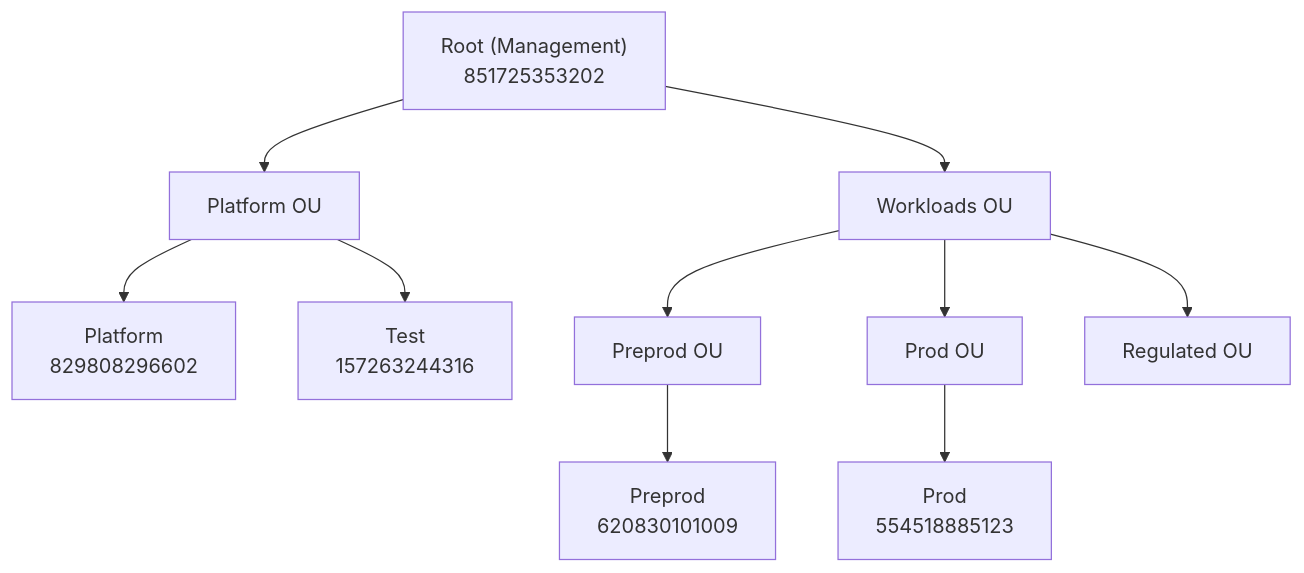
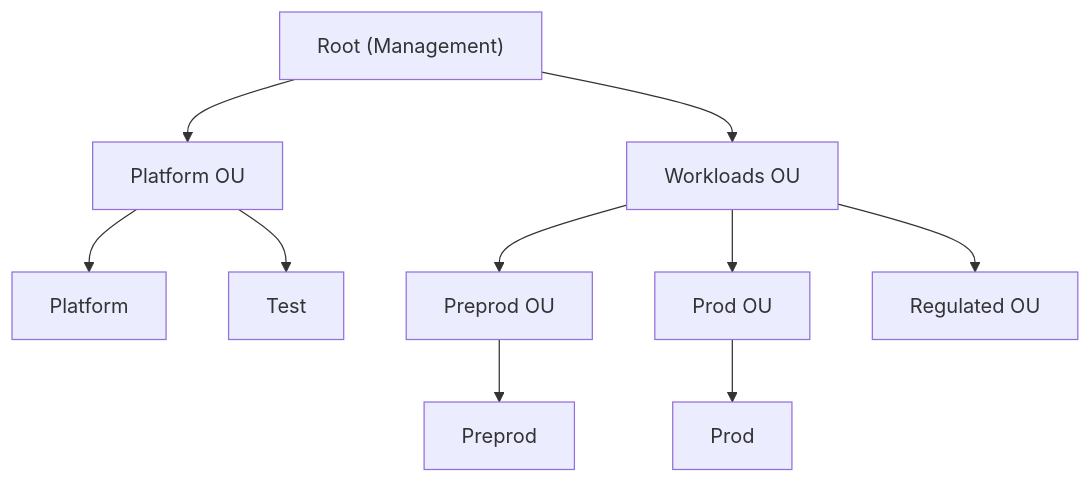
Before and after one commit to asanexample/platform: the first of 6 diagrams in infra/docs/02-architecture-overview.md, drawn with Mermaid. The commit also changed other lines of this file and 60 other files, not shown here.

````diff
--- a/infra/docs/02-architecture-overview.md
+++ b/infra/docs/02-architecture-overview.md
@@ -38,16 +38,16 @@
 ```mermaid
 graph TD
-    Root["Root (Management)<br/>851725353202"]
+    Root["Root (Management)<br/><MGMT_ACCOUNT_ID>"]
     Root --> Platform_OU["Platform OU"]
     Root --> Workloads_OU["Workloads OU"]
 
-    Platform_OU --> Platform["Platform<br/>829808296602"]
-    Platform_OU --> Test["Test<br/>157263244316"]
+    Platform_OU --> Platform["Platform<br/><PLATFORM_ACCOUNT_ID>"]
+    Platform_OU --> Test["Test<br/><TEST_ACCOUNT_ID>"]
 
     Workloads_OU --> Preprod_OU["Preprod OU"]
     Workloads_OU --> Prod_OU["Prod OU"]
     Workloads_OU --> Regulated_OU["Regulated OU"]
 
-    Preprod_OU --> Preprod["Preprod<br/>620830101009"]
-    Prod_OU --> Prod["Prod<br/>554518885123"]
+    Preprod_OU --> Preprod["Preprod<br/><PREPROD_ACCOUNT_ID>"]
+    Prod_OU --> Prod["Prod<br/><PROD_ACCOUNT_ID>"]
 ```
````
